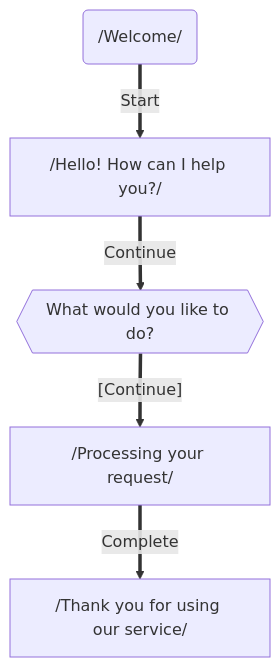
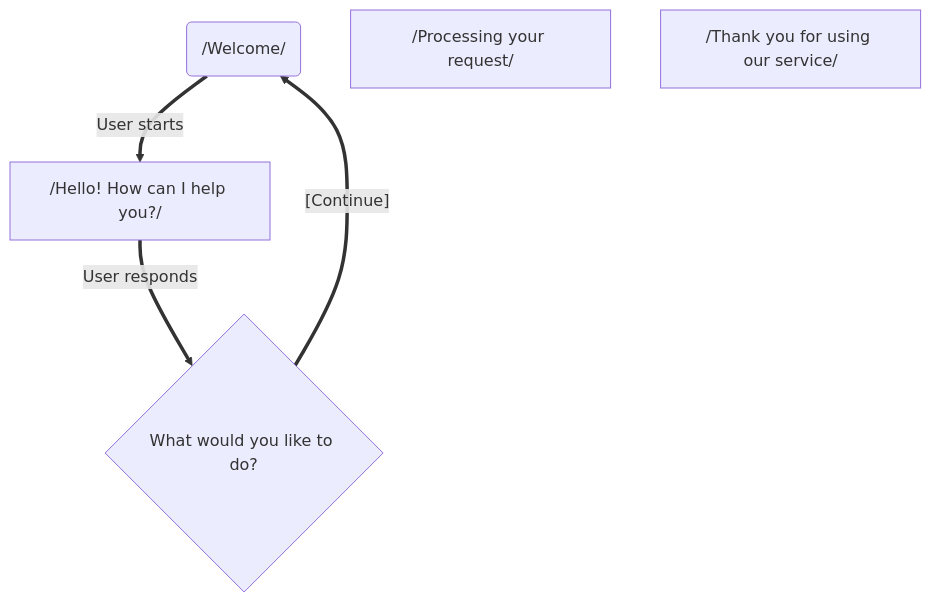
Before and after one commit to dexoon/mermaid-template-checker: the diagram in tests/correct/reply-buttons.md, drawn with Mermaid. The commit also changed 12 other files, not shown here.

Commit message:
feat: add support for stadium shaped nodes in Mermaid flowcharts; enhance validation logic and tests for multi-line labels

````diff
--- a/tests/correct/reply-buttons.md
+++ b/tests/correct/reply-buttons.md
@@ -3,15 +3,14 @@
 ```mermaid
 flowchart TD
   %% Node Definitions
-  WELCOME("/Welcome/")
+  START("/Welcome/")
   GREETING["/Hello! How can I help you?/"]
-  CHOICE{{"What would you like to do?"}}
+  CHOICE{"What would you like to do?"}
   PROCESS["/Processing your request/"]
   END["/Thank you for using our service/"]
   
   %% Connections
-  WELCOME == "Start" ==> GREETING
-  GREETING == "Continue" ==> CHOICE
-  CHOICE == "[Continue]" ==> PROCESS
-  PROCESS == "Complete" ==> END
+  START == "User starts" ==> GREETING
+  GREETING == "User responds" ==> CHOICE
+  CHOICE == "[Continue]" ==> START
 ```
````
